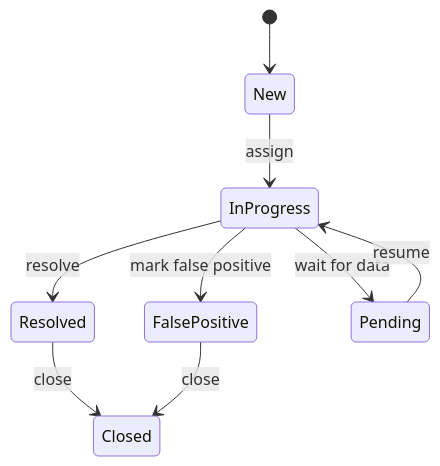
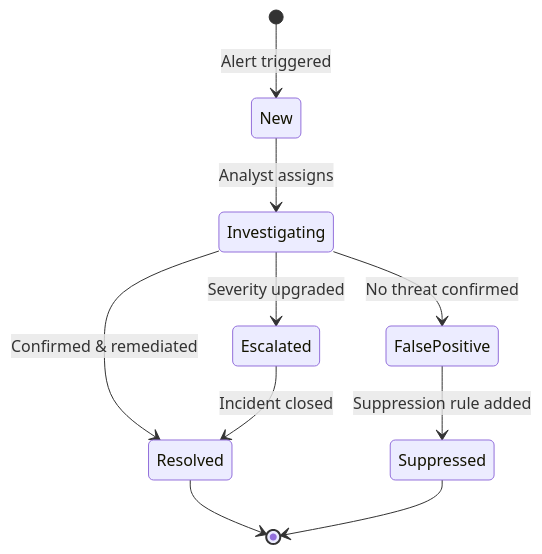
Before and after one commit to omarbabba779xx/CyberTwin-SOC: the fourth of 10 diagrams in README.md, drawn with Mermaid. The commit also changed other lines of this file, not shown here.

Commit message:
docs: rewrite README — professional layout, Mermaid diagrams, real metrics

````diff
--- a/README.md
+++ b/README.md
@@ -176,11 +127,12 @@
 ```mermaid
 stateDiagram-v2
-    [*] --> New
-    New --> InProgress: assign
-    InProgress --> Resolved: resolve
-    InProgress --> FalsePositive: mark false positive
-    Resolved --> Closed: close
-    FalsePositive --> Closed: close
-    InProgress --> Pending: wait for data
-    Pending --> InProgress: resume
+    [*] --> New : Alert triggered
+    New --> Investigating : Analyst assigns
+    Investigating --> Resolved : Confirmed & remediated
+    Investigating --> FalsePositive : No threat confirmed
+    Investigating --> Escalated : Severity upgraded
+    Escalated --> Resolved : Incident closed
+    FalsePositive --> Suppressed : Suppression rule added
+    Resolved --> [*]
+    Suppressed --> [*]
 ```
````
